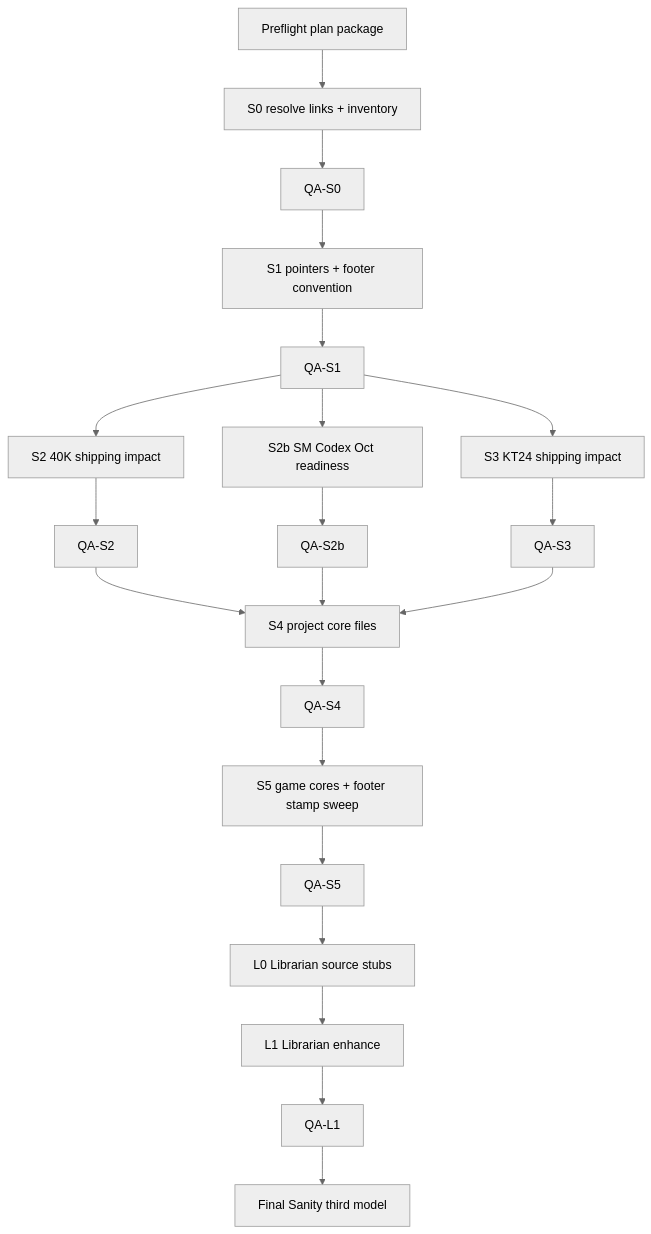
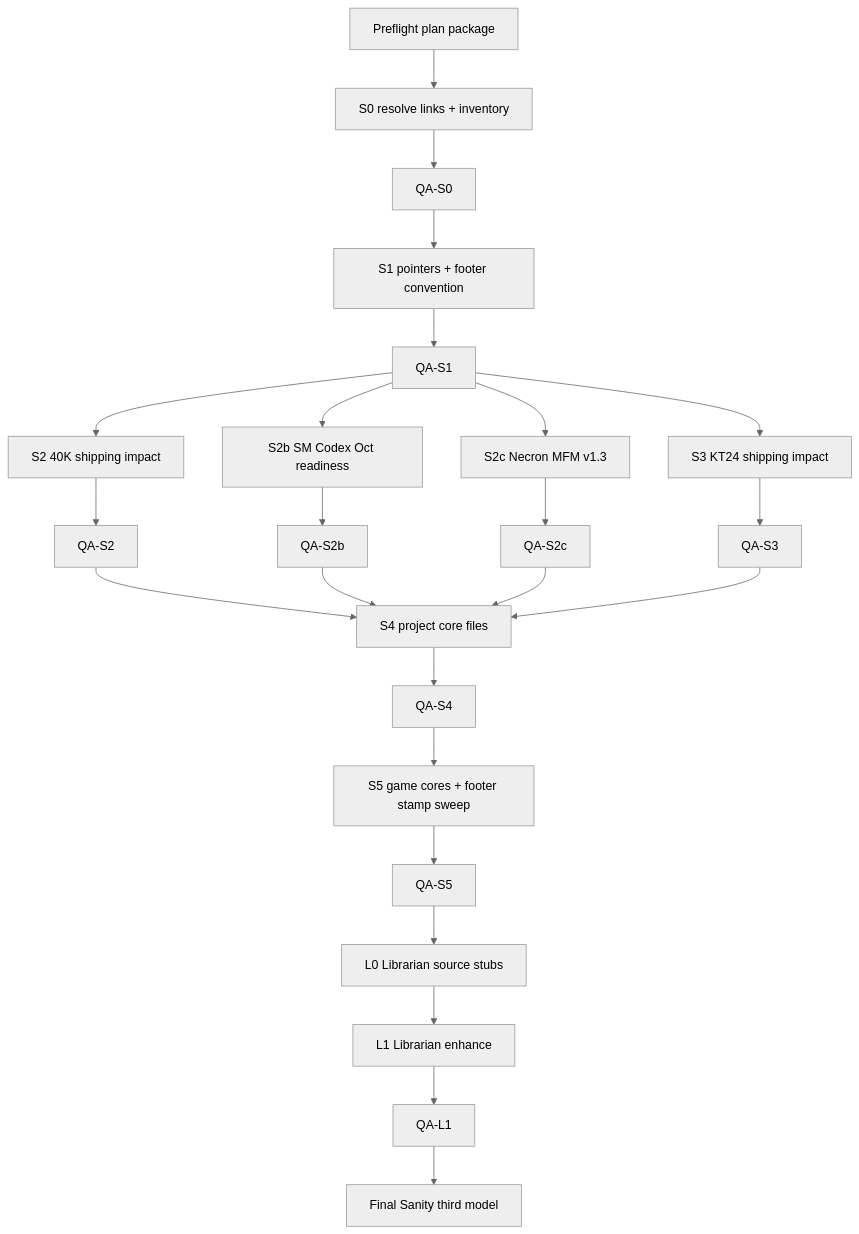
Before and after one commit to russell-catt/Wargame_Concierge: the diagram in docs/handoffs/dataslate_0826/track_in.md, drawn with Mermaid (neutral theme). The commit also changed other lines of this file, not shown here.

First line of the commit message:
docs(dataslate_0826): sync mermaid + header for S2c

````diff
--- a/docs/handoffs/dataslate_0826/track_in.md
+++ b/docs/handoffs/dataslate_0826/track_in.md
@@ -131,31 +131,34 @@
 ```mermaid
 flowchart TD
   PF[Preflight plan package]
   S0[S0 resolve links + inventory]
   QA0[QA-S0]
   S1[S1 pointers + footer convention]
   QA1[QA-S1]
   S2[S2 40K shipping impact]
   QA2[QA-S2]
   S3[S3 KT24 shipping impact]
   QA3[QA-S3]
   S4[S4 project core files]
   QA4[QA-S4]
   S5[S5 game cores + footer stamp sweep]
   QA5[QA-S5]
   L0[L0 Librarian source stubs]
   L1[L1 Librarian enhance]
   QAL[QA-L1]
   FS[Final Sanity third model]
 
   PF --> S0 --> QA0 --> S1 --> QA1
   QA1 --> S2 --> QA2
   QA1 --> S2b[S2b SM Codex Oct readiness]
   S2b --> QA2b[QA-S2b]
+  QA1 --> S2c[S2c Necron MFM v1.3]
+  S2c --> QA2c[QA-S2c]
   QA1 --> S3 --> QA3
   QA2 --> S4
   QA2b --> S4
+  QA2c --> S4
   QA3 --> S4
   S4 --> QA4 --> S5 --> QA5
   QA5 --> L0 --> L1 --> QAL --> FS
 ```
````
